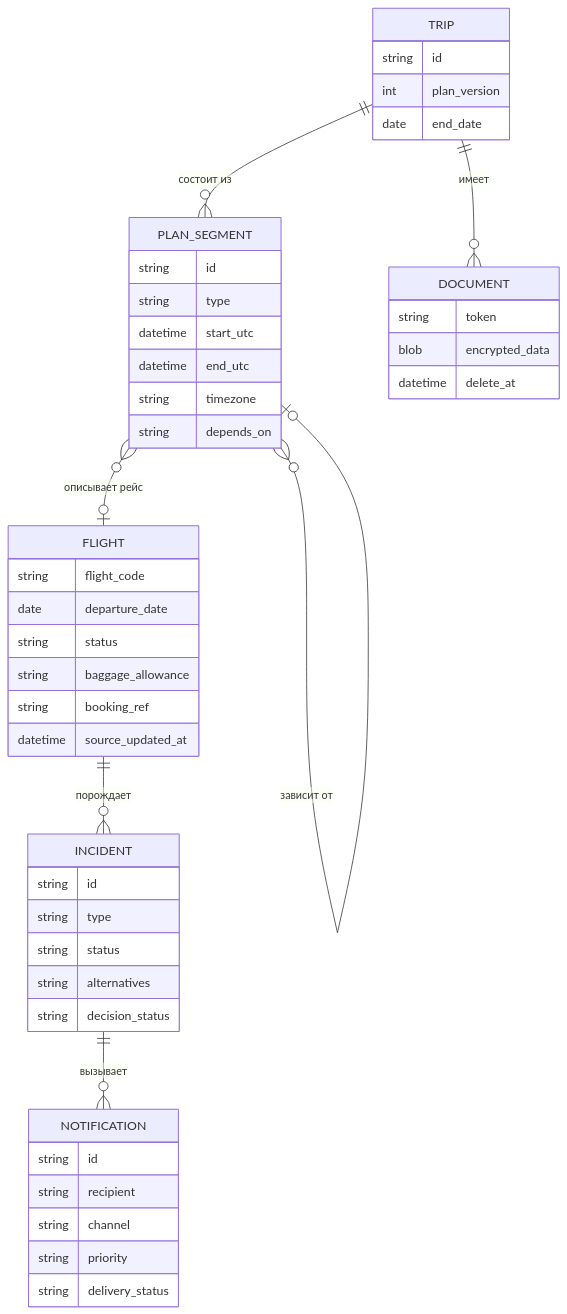
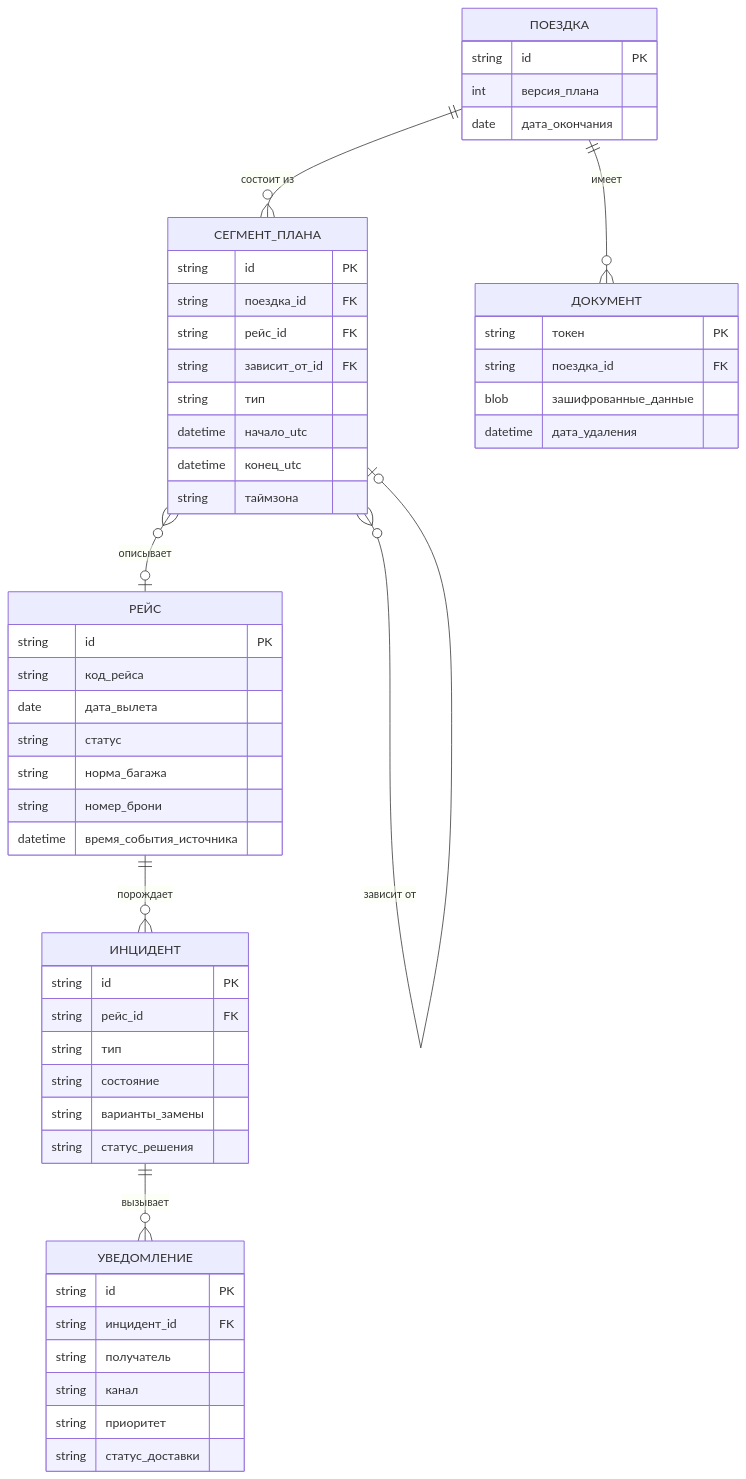
One commit to taniakoneva/alfred-travel-monitoring changed the diagram in docs/04-data-model.md. Above: the diagram before and after it, drawn with Mermaid. The commit also changed other lines of this file, not shown here.

````diff
--- a/docs/04-data-model.md
+++ b/docs/04-data-model.md
@@ -5,50 +5,56 @@
 ```mermaid
 erDiagram
-    TRIP ||--o{ PLAN_SEGMENT : "состоит из"
-    TRIP ||--o{ DOCUMENT : "имеет"
-    PLAN_SEGMENT }o--o| FLIGHT : "описывает рейс"
-    PLAN_SEGMENT }o--o| PLAN_SEGMENT : "зависит от"
-    FLIGHT ||--o{ INCIDENT : "порождает"
-    INCIDENT ||--o{ NOTIFICATION : "вызывает"
+    ПОЕЗДКА ||--o{ СЕГМЕНТ_ПЛАНА : "состоит из"
+    ПОЕЗДКА ||--o{ ДОКУМЕНТ : "имеет"
+    СЕГМЕНТ_ПЛАНА }o--o| РЕЙС : "описывает"
+    СЕГМЕНТ_ПЛАНА }o--o| СЕГМЕНТ_ПЛАНА : "зависит от"
+    РЕЙС ||--o{ ИНЦИДЕНТ : "порождает"
+    ИНЦИДЕНТ ||--o{ УВЕДОМЛЕНИЕ : "вызывает"
 
-    TRIP {
-        string id
-        int plan_version
-        date end_date
+    ПОЕЗДКА {
+        string id PK
+        int версия_плана
+        date дата_окончания
     }
-    PLAN_SEGMENT {
-        string id
-        string type
-        datetime start_utc
-        datetime end_utc
-        string timezone
-        string depends_on
+    СЕГМЕНТ_ПЛАНА {
+        string id PK
+        string поездка_id FK
+        string рейс_id FK
+        string зависит_от_id FK
+        string тип
+        datetime начало_utc
+        datetime конец_utc
+        string таймзона
     }
-    FLIGHT {
-        string flight_code
-        date departure_date
-        string status
-        string baggage_allowance
-        string booking_ref
-        datetime source_updated_at
+    РЕЙС {
+        string id PK
+        string код_рейса
+        date дата_вылета
+        string статус
+        string норма_багажа
+        string номер_брони
+        datetime время_события_источника
     }
-    INCIDENT {
-        string id
-        string type
-        string status
-        string alternatives
-        string decision_status
+    ИНЦИДЕНТ {
+        string id PK
+        string рейс_id FK
+        string тип
+        string состояние
+        string варианты_замены
+        string статус_решения
     }
-    NOTIFICATION {
-        string id
-        string recipient
-        string channel
-        string priority
-        string delivery_status
+    УВЕДОМЛЕНИЕ {
+        string id PK
+        string инцидент_id FK
+        string получатель
+        string канал
+        string приоритет
+        string статус_доставки
     }
-    DOCUMENT {
-        string token
-        blob encrypted_data
-        datetime delete_at
+    ДОКУМЕНТ {
+        string токен PK
+        string поездка_id FK
+        blob зашифрованные_данные
+        datetime дата_удаления
     }
 ```
````
